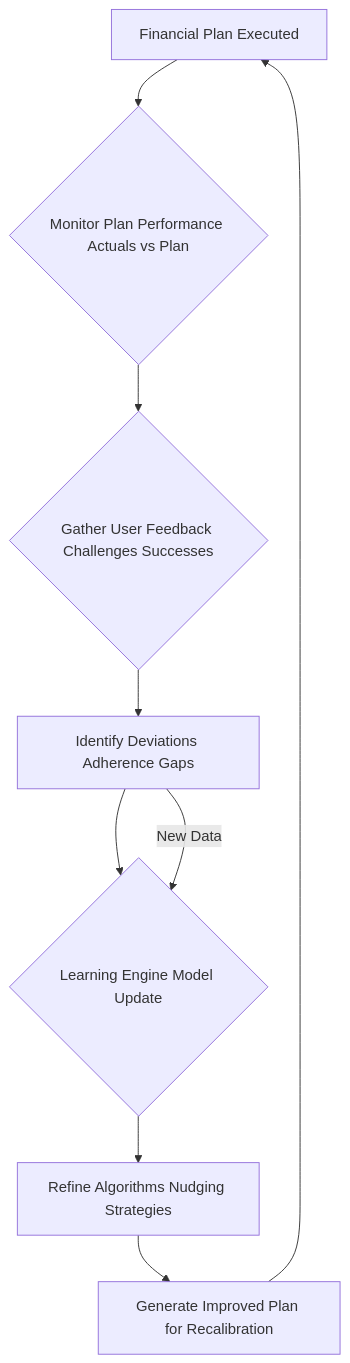
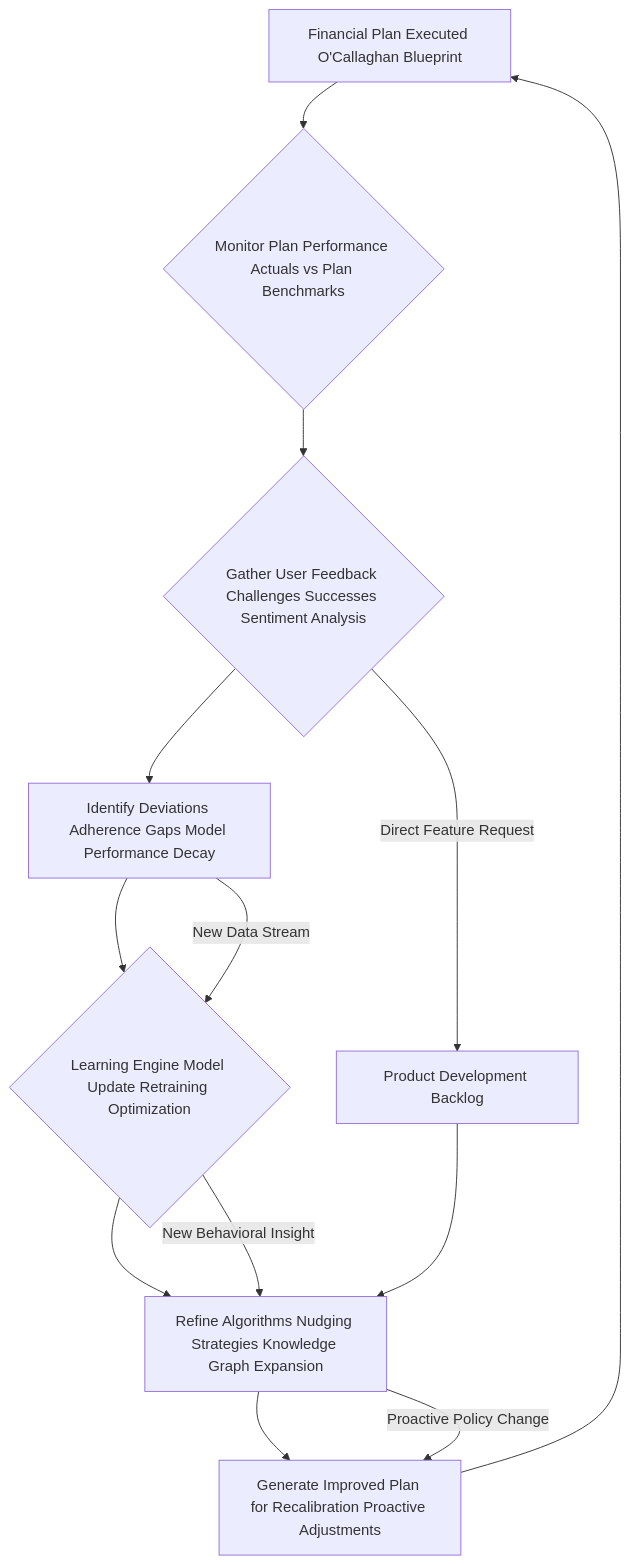
One commit to diplomat-bit/Citibank_Demo_Business_Inc_Demonstration- changed diagram 12 of 12 in inventions/004_ai_financial_plan_for_goals/generative_ai_prompt_template.md. Above: the diagram before and after it, drawn with Mermaid. The commit also changed other lines of this file, not shown here.

````diff
--- a/inventions/004_ai_financial_plan_for_goals/generative_ai_prompt_template.md
+++ b/inventions/004_ai_financial_plan_for_goals/generative_ai_prompt_template.md
@@ -615,11 +1241,15 @@
 ```mermaid
 graph TD
-    A[Financial Plan Executed] --> B{Monitor Plan Performance Actuals vs Plan}
-    B --> C{Gather User Feedback Challenges Successes}
-    C --> D[Identify Deviations Adherence Gaps]
-    D --> E{Learning Engine Model Update}
-    E --> F[Refine Algorithms Nudging Strategies]
-    F --> G[Generate Improved Plan for Recalibration]
+    A[Financial Plan Executed O'Callaghan Blueprint] --> B{Monitor Plan Performance Actuals vs Plan Benchmarks}
+    B --> C{Gather User Feedback Challenges Successes Sentiment Analysis}
+    C --> D[Identify Deviations Adherence Gaps Model Performance Decay]
+    D --> E{Learning Engine Model Update Retraining Optimization}
+    E --> F[Refine Algorithms Nudging Strategies Knowledge Graph Expansion]
+    F --> G[Generate Improved Plan for Recalibration Proactive Adjustments]
     G --> A
-    D -- New Data --> E
+    D -- New Data Stream --> E
+    E -- New Behavioral Insight --> F
+    F -- Proactive Policy Change --> G
+    C -- Direct Feature Request --> H[Product Development Backlog]
+    H --> F
 ```
````
